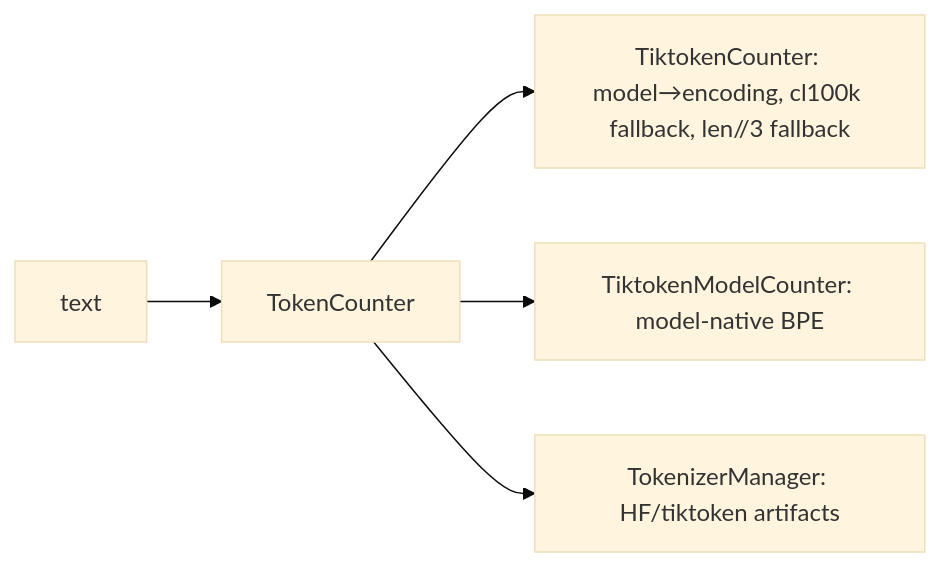
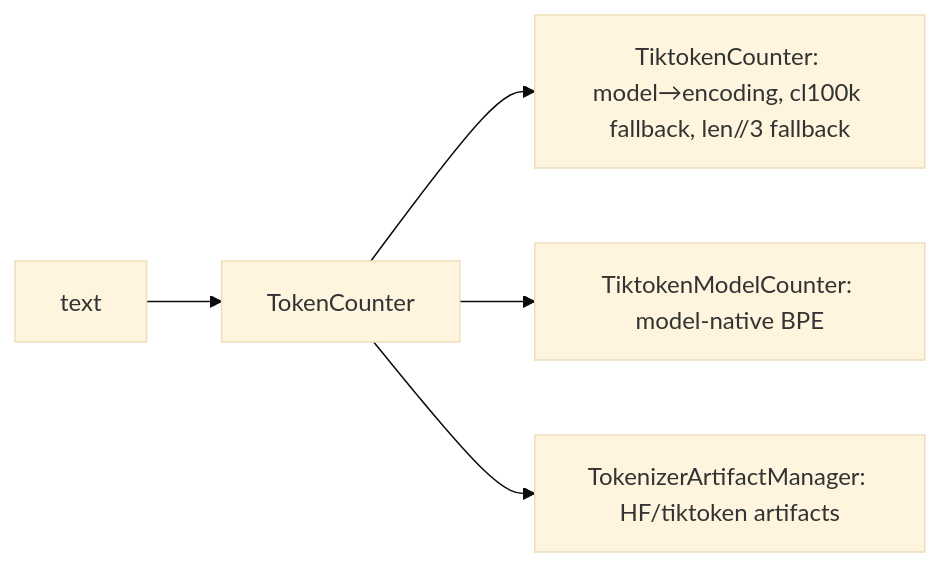
Before and after one commit to michaelatamuk/openjiuwen-knowledge: the first of 25 diagrams in content/topics/01-llm-foundations.md, drawn with Mermaid (base theme). The commit also changed other lines of this file and 9 other files, not shown here.

````diff
--- a/content/topics/01-llm-foundations.md
+++ b/content/topics/01-llm-foundations.md
@@ -11,7 +11,7 @@
 ```mermaid
 flowchart LR
     TEXT["text"] --> TC["TokenCounter"]
     TC --> TK["TiktokenCounter: model→encoding, cl100k fallback, len//3 fallback"]
     TC --> TM["TiktokenModelCounter: model-native BPE"]
-    TC --> TOK["TokenizerManager: HF/tiktoken artifacts"]
+    TC --> TOK["TokenizerArtifactManager: HF/tiktoken artifacts"]
 ```
````
